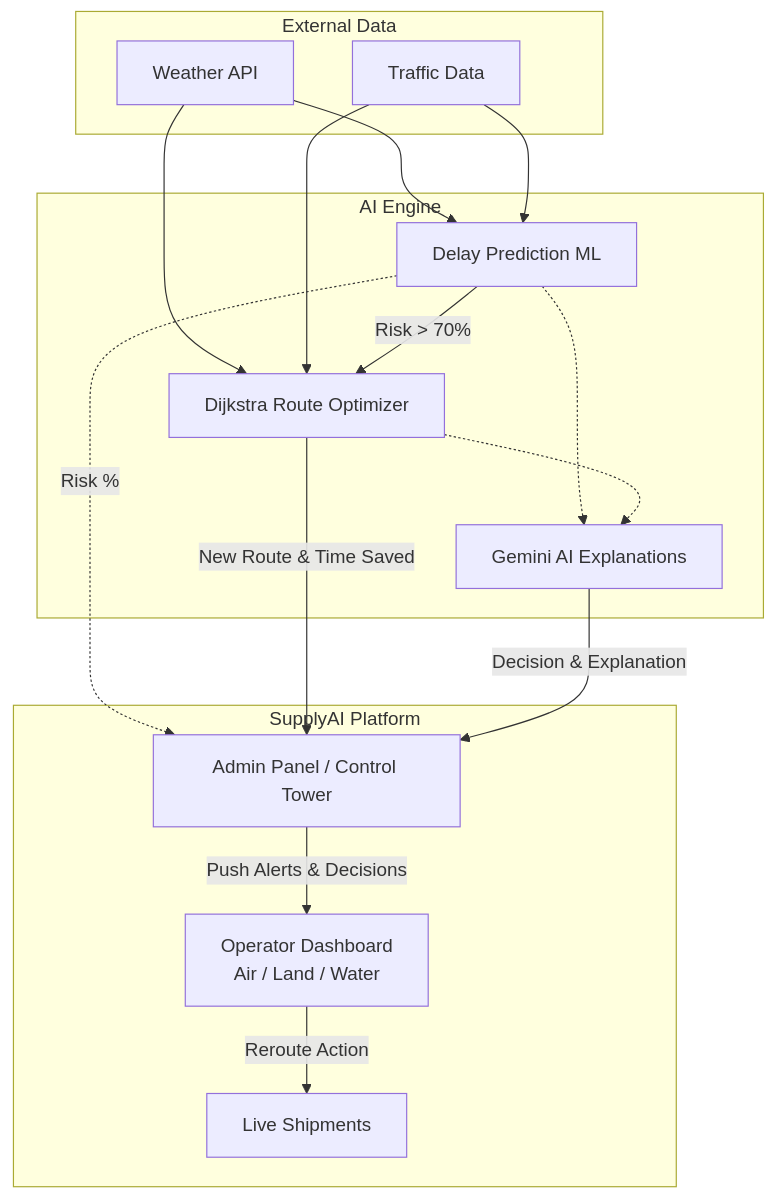
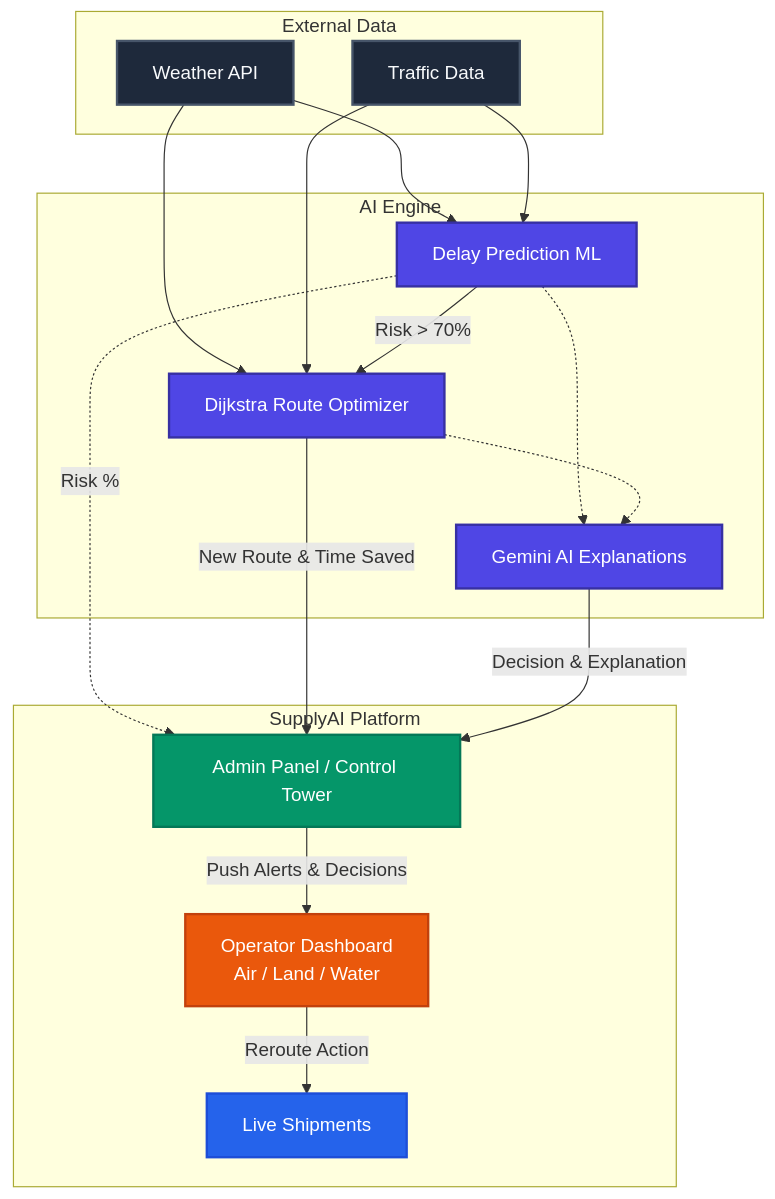
One commit to Sreyasi27/DelayPredict changed the diagram in README.md. Above: the diagram before and after it, drawn with Mermaid.

Commit message:
docs: Add colors and styling to Mermaid diagram

````diff
--- a/README.md
+++ b/README.md
@@ -15,35 +15,42 @@
 ```mermaid
 graph TD
-    subgraph External Data
-        W[Weather API]
-        T[Traffic Data]
+    %% Styling Rules
+    classDef ext fill:#1e293b,stroke:#475569,stroke-width:2px,color:#f8fafc;
+    classDef ai fill:#4f46e5,stroke:#3730a3,stroke-width:2px,color:#ffffff;
+    classDef admin fill:#059669,stroke:#047857,stroke-width:2px,color:#ffffff;
+    classDef dash fill:#ea580c,stroke:#c2410c,stroke-width:2px,color:#ffffff;
+    classDef ship fill:#2563eb,stroke:#1d4ed8,stroke-width:2px,color:#ffffff;
+
+    subgraph External_Data [External Data]
+        W[Weather API]:::ext
+        T[Traffic Data]:::ext
     end
 
-    subgraph AI Engine
-        ML[Delay Prediction ML]
-        RO[Dijkstra Route Optimizer]
-        GEM[Gemini AI Explanations]
+    subgraph AI_Engine [AI Engine]
+        ML[Delay Prediction ML]:::ai
+        RO[Dijkstra Route Optimizer]:::ai
+        GEM[Gemini AI Explanations]:::ai
     end
 
-    subgraph SupplyAI Platform
-        CT[Admin Panel / Control Tower]
-        OD[Operator Dashboard <br> Air / Land / Water]
-        SHIP[Live Shipments]
+    subgraph SupplyAI_Platform [SupplyAI Platform]
+        CT[Admin Panel / Control Tower]:::admin
+        OD[Operator Dashboard <br> Air / Land / Water]:::dash
+        SHIP[Live Shipments]:::ship
     end
 
     W --> ML
     T --> ML
     W --> RO
     T --> RO
 
     ML -- "Risk > 70%" --> RO
     ML -.-> GEM
     RO -.-> GEM
 
     ML -. Risk % .-> CT
     RO -- "New Route & Time Saved" --> CT
     GEM -- "Decision & Explanation" --> CT
 
     CT -- "Push Alerts & Decisions" --> OD
     OD -- "Reroute Action" --> SHIP
 ```
````
